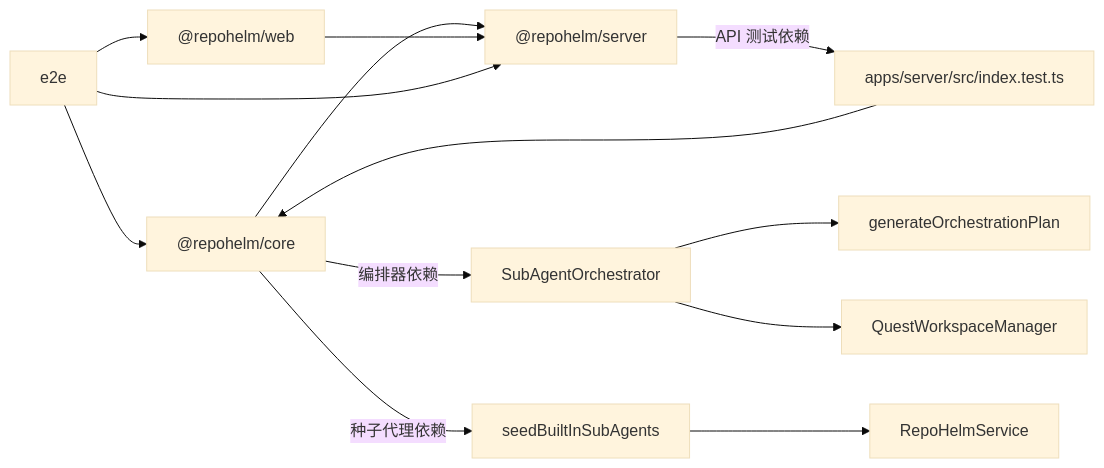
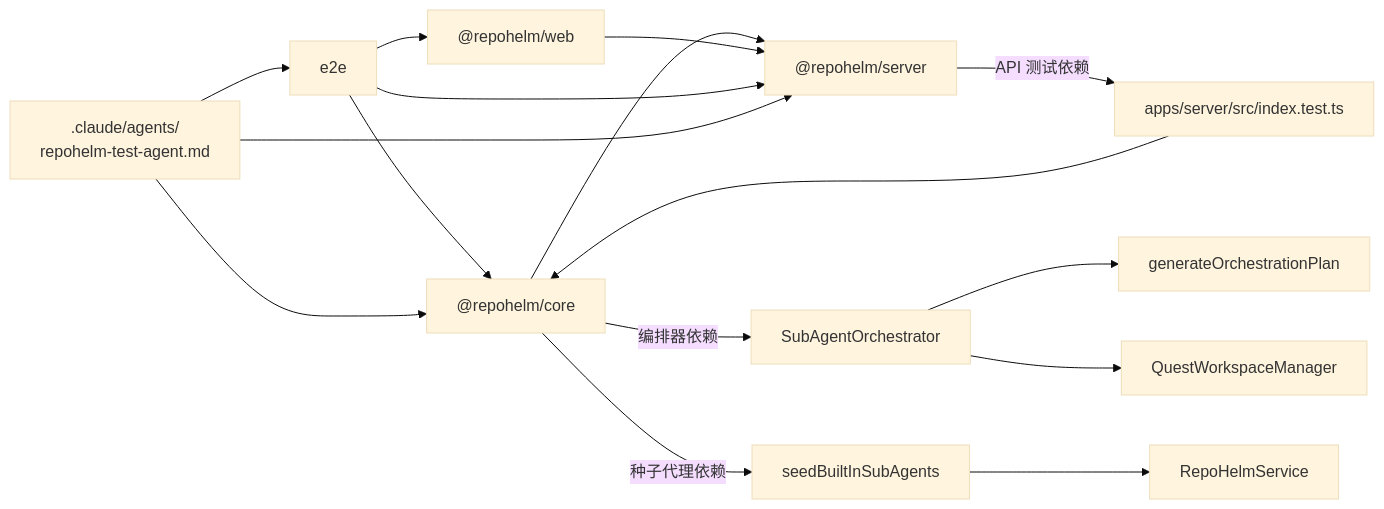
Before and after one commit to coconilu/RepoHelm: the tenth of 10 diagrams in .qoder/repowiki/zh/content/测试策略/测试策略.md, drawn with Mermaid (base theme). The commit also changed other lines of this file and 13 other files, not shown here.

````diff
--- a/.qoder/repowiki/zh/content/测试策略/测试策略.md
+++ b/.qoder/repowiki/zh/content/测试策略/测试策略.md
@@ -485,15 +563,18 @@
 ```mermaid
 graph LR
 CORE["@repohelm/core"] --> SERVER["@repohelm/server"]
 WEB["@repohelm/web"] --> SERVER
 E2E["e2e"] --> WEB
 E2E --> SERVER
 E2E --> CORE
 SERVER --> |"API 测试依赖"| API_TEST["apps/server/src/index.test.ts"]
 API_TEST --> CORE
 CORE --> |"编排器依赖"| ORCHESTRATOR["SubAgentOrchestrator"]
 ORCHESTRATOR --> PLANNING["generateOrchestrationPlan"]
 ORCHESTRATOR --> WORKSPACE["QuestWorkspaceManager"]
 CORE --> |"种子代理依赖"| SEED_AGENTS["seedBuiltInSubAgents"]
 SEED_AGENTS --> SERVICE["RepoHelmService"]
+TEST_AGENT[".claude/agents/<br/>repohelm-test-agent.md"] --> CORE
+TEST_AGENT --> E2E
+TEST_AGENT --> SERVER
 ```
````
